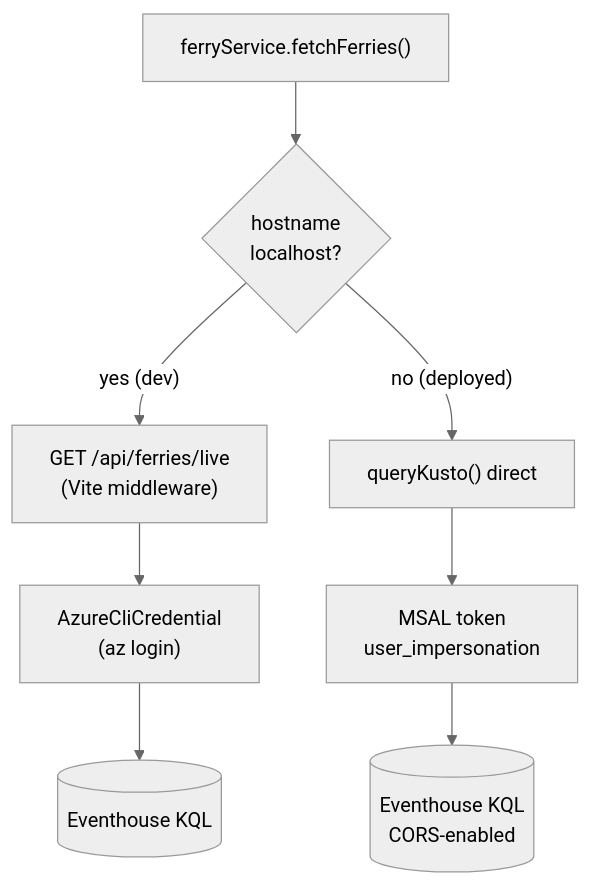
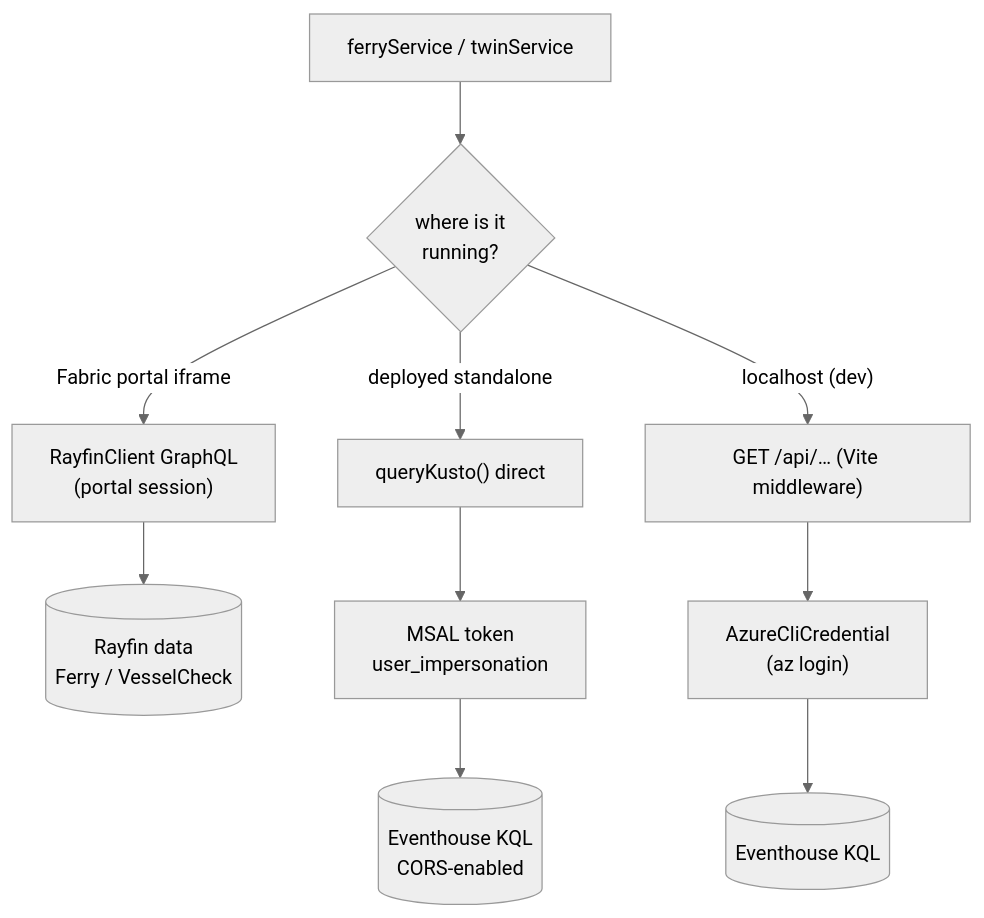
The second of 5 diagrams in README.md (qkfang/ferry-world-rayfin), drawn with Mermaid (neutral theme) before and after one commit. The commit also changed other lines of this file and 3 other files, not shown here.

````diff
--- a/README.md
+++ b/README.md
@@ -57,13 +77,16 @@
 ```mermaid
 flowchart TB
-    Feed["ferryService.fetchFerries()"]
-    Feed --> Decide{"hostname<br/>localhost?"}
+    Feed["ferryService / twinService"]
+    Feed --> Mode{"where is it<br/>running?"}
 
-    Decide -->|"yes (dev)"| DevAPI["GET /api/ferries/live<br/>(Vite middleware)"]
+    Mode -->|"Fabric portal iframe"| Rayfin["RayfinClient GraphQL<br/>(portal session)"]
+    Rayfin --> DAB[("Rayfin data<br/>Ferry / VesselCheck")]
+
+    Mode -->|"deployed standalone"| Direct["queryKusto() direct"]
+    Direct --> MSAL["MSAL token<br/>user_impersonation"]
+    MSAL --> EH2[("Eventhouse KQL<br/>CORS-enabled")]
+
+    Mode -->|"localhost (dev)"| DevAPI["GET /api/… (Vite middleware)"]
     DevAPI --> AzCli["AzureCliCredential<br/>(az login)"]
     AzCli --> EH1[("Eventhouse KQL")]
-
-    Decide -->|"no (deployed)"| Direct["queryKusto() direct"]
-    Direct --> MSAL["MSAL token<br/>user_impersonation"]
-    MSAL --> EH2[("Eventhouse KQL<br/>CORS-enabled")]
 ```
````
